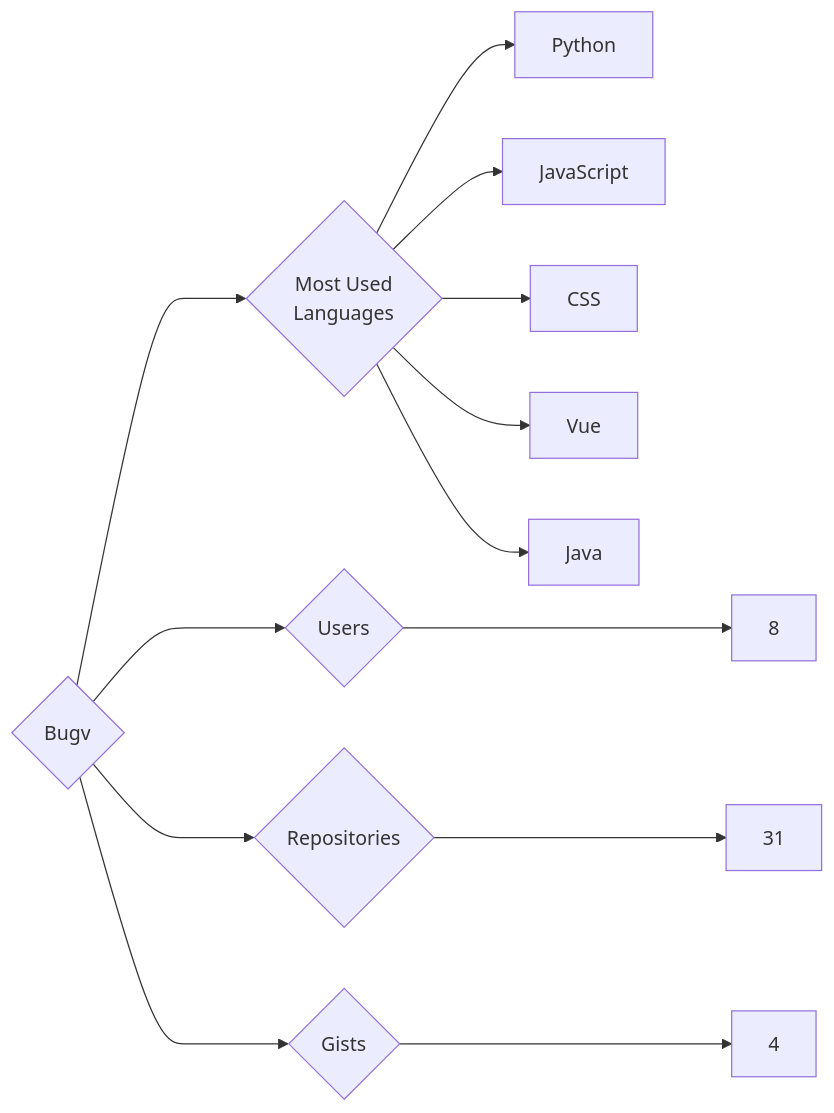
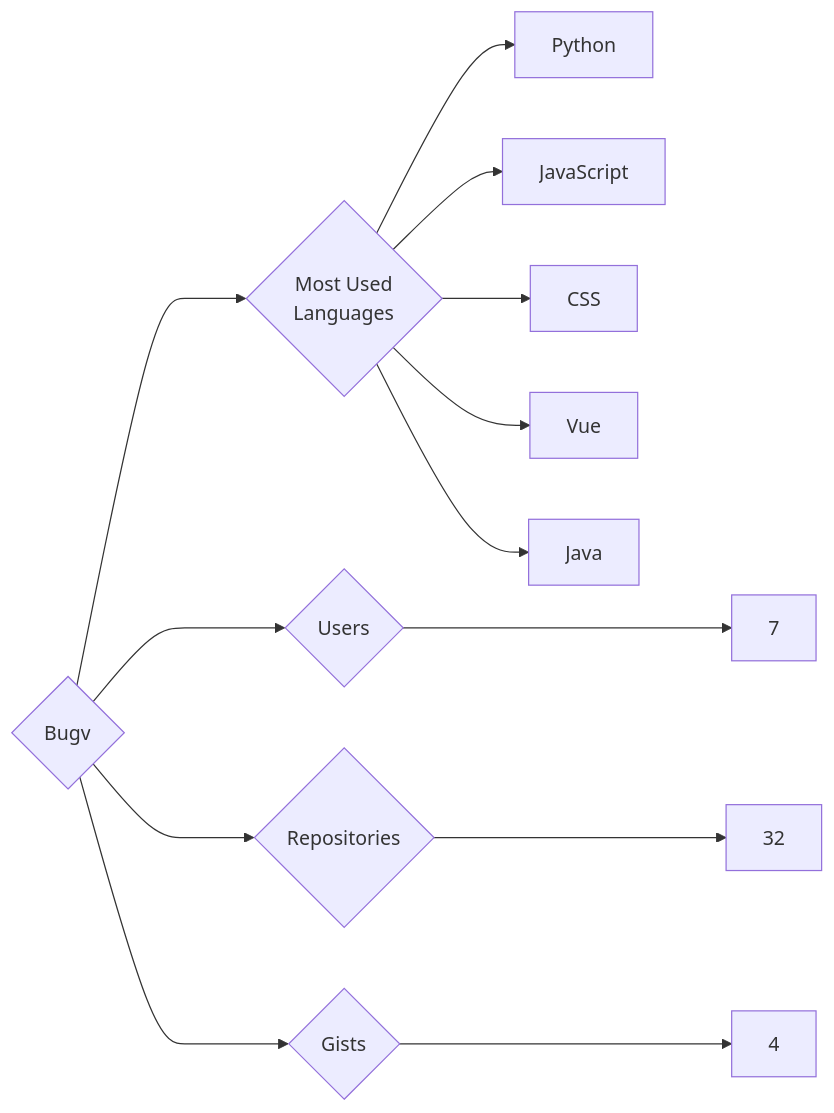
Before and after one commit to trickest/insiders: the diagram in targets/Bugv/README.md, drawn with Mermaid. The commit also changed 1007 other files, not shown here.

````diff
--- a/targets/Bugv/README.md
+++ b/targets/Bugv/README.md
@@ -3,13 +3,13 @@
 ```mermaid
 graph LR
 COMPANY_NAME{Bugv}
-COMPANY_NAME ---> U{Users} ---> UN[8]
-COMPANY_NAME ---> R{Repositories} ---> RN[31]
+COMPANY_NAME ---> U{Users} ---> UN[7]
+COMPANY_NAME ---> R{Repositories} ---> RN[32]
 COMPANY_NAME ---> G{Gists} ---> GN[4]
 COMPANY_NAME ---> ML{Most Used<br>Languages}
 ML --> Python[Python]
 ML --> JavaScript[JavaScript]
 ML --> CSS[CSS]
 ML --> Vue[Vue]
 ML --> Java[Java]
 ```
````
